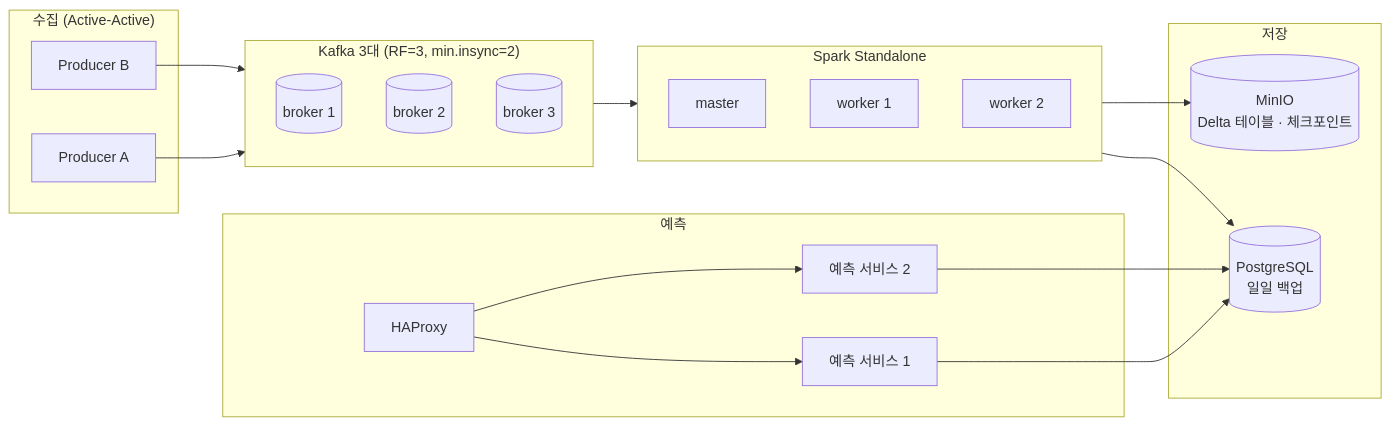
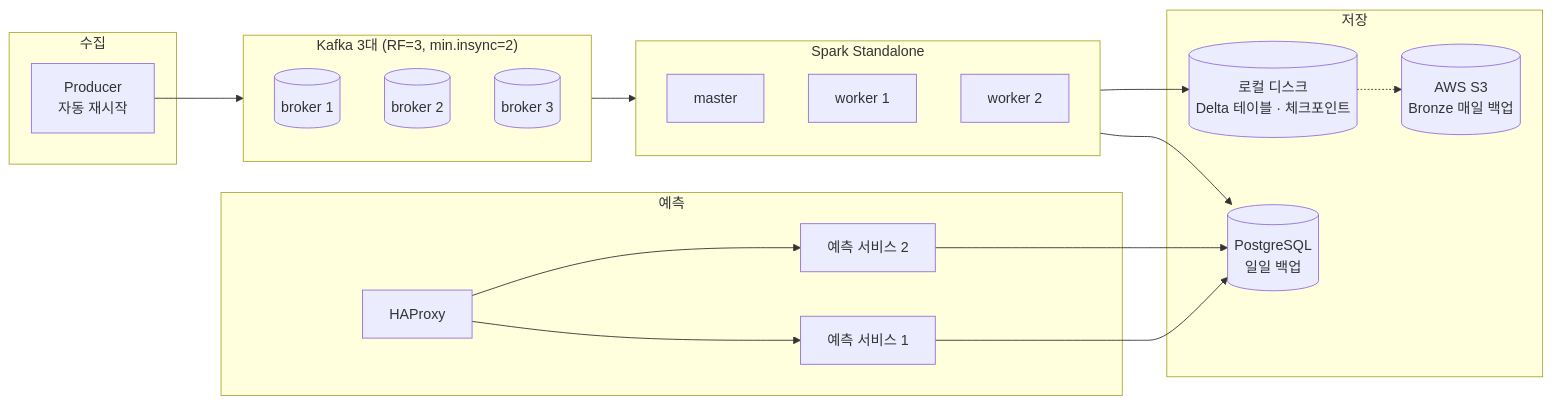
One commit to wonju0516/upbit-data-platform changed the third of 3 diagrams in docs/03_시스템아키텍처.md. Above: the diagram before and after it, drawn with Mermaid. The commit also changed other lines of this file and 9 other files, not shown here.

````diff
--- a/docs/03_시스템아키텍처.md
+++ b/docs/03_시스템아키텍처.md
@@ -193,31 +193,32 @@
 ```mermaid
 flowchart LR
-  subgraph COL["수집 (Active-Active)"]
-    C1["Producer A"]
-    C2["Producer B"]
+  subgraph COL["수집"]
+    C1["Producer<br/>자동 재시작"]
   end
   subgraph KAF["Kafka 3대 (RF=3, min.insync=2)"]
     K1[("broker 1")]
     K2[("broker 2")]
     K3[("broker 3")]
   end
   subgraph SPK["Spark Standalone"]
     M["master"]
     W1["worker 1"]
     W2["worker 2"]
   end
   subgraph STO["저장"]
-    OBJ[("MinIO<br/>Delta 테이블 · 체크포인트")]
+    OBJ[("로컬 디스크<br/>Delta 테이블 · 체크포인트")]
+    BK[("AWS S3<br/>Bronze 매일 백업")]
     PG[("PostgreSQL<br/>일일 백업")]
   end
   subgraph SRV["예측"]
     LB["HAProxy"]
     A1["예측 서비스 1"]
     A2["예측 서비스 2"]
   end
-  C1 & C2 --> KAF
+  C1 --> KAF
   KAF --> SPK --> OBJ
+  OBJ -.-> BK
   SPK --> PG
   LB --> A1 & A2
   A1 & A2 --> PG
 ```
````
